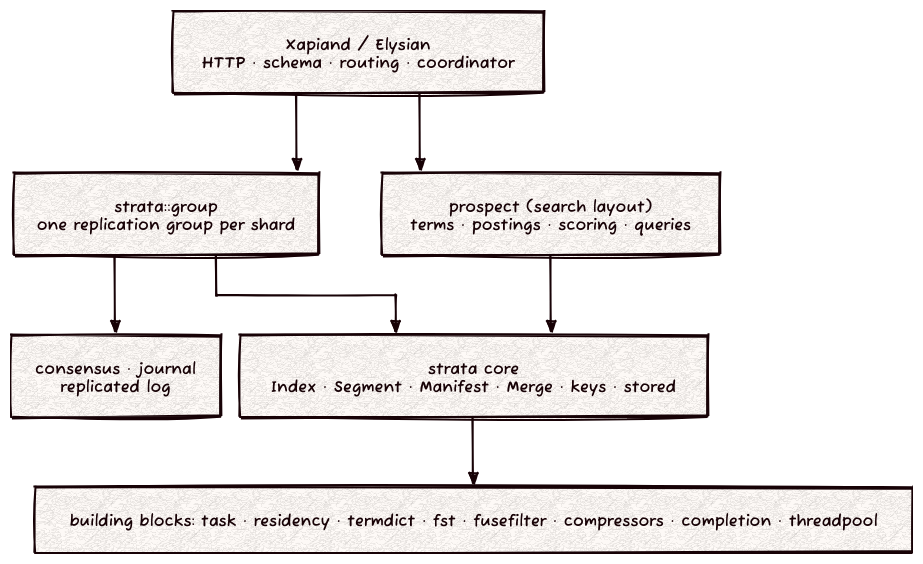
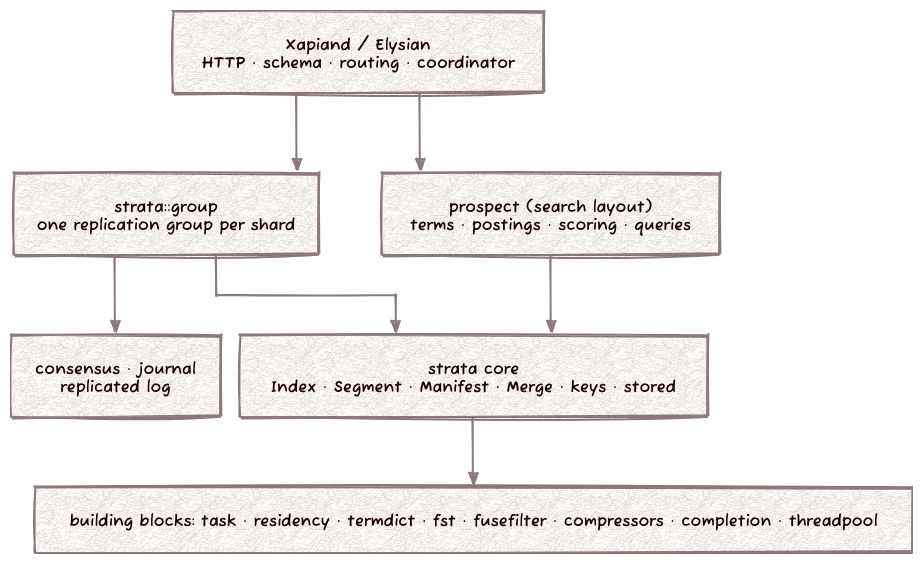
The diagram in docs/strata.d2 (Kronuz/strata), drawn with D2 before and after one commit. The commit also changed 1 other file, not shown here.

Commit message:
Render the README diagram for light and dark pages
A transparent background, mid-tone lines and mid-tone edge labels let
the one SVG read on GitHub's light and dark themes; the header carries
the settings so a plain `d2` renders it the same way.

[skip ci]

```diff
--- a/docs/strata.d2
+++ b/docs/strata.d2
@@ -1,15 +1,18 @@
 # strata layers. Render: d2 --layout elk --sketch --theme 302 docs/strata.d2 docs/strata.svg
-vars: { d2-config: { layout-engine: elk; theme-id: 302; sketch: true; pad: 24 } }
+# Render: d2 docs/strata.d2 docs/strata.svg
+vars: { d2-config: { layout-engine: elk; theme-id: 302; sketch: true; pad: 24; theme-overrides: { B1: "#8C7B7E"; B2: "#C25B73"; N2: "#C25B73" } } }
+style.fill: transparent
+
 direction: down
 xapiand: "Xapiand / Elysian\nHTTP · schema · routing · coordinator"
 group: "strata::group\none replication group per shard"
 prospect: "prospect (search layout)\nterms · postings · scoring · queries"
 core: "strata core\nIndex · Segment · Manifest · Merge · keys · stored"
 repl: "consensus · journal\nreplicated log"
 libs: "building blocks: task · residency · termdict · fst · fusefilter · compressors · completion · threadpool"
 xapiand -> group
 xapiand -> prospect
 group -> core
 group -> repl
 prospect -> core
 core -> libs
```
